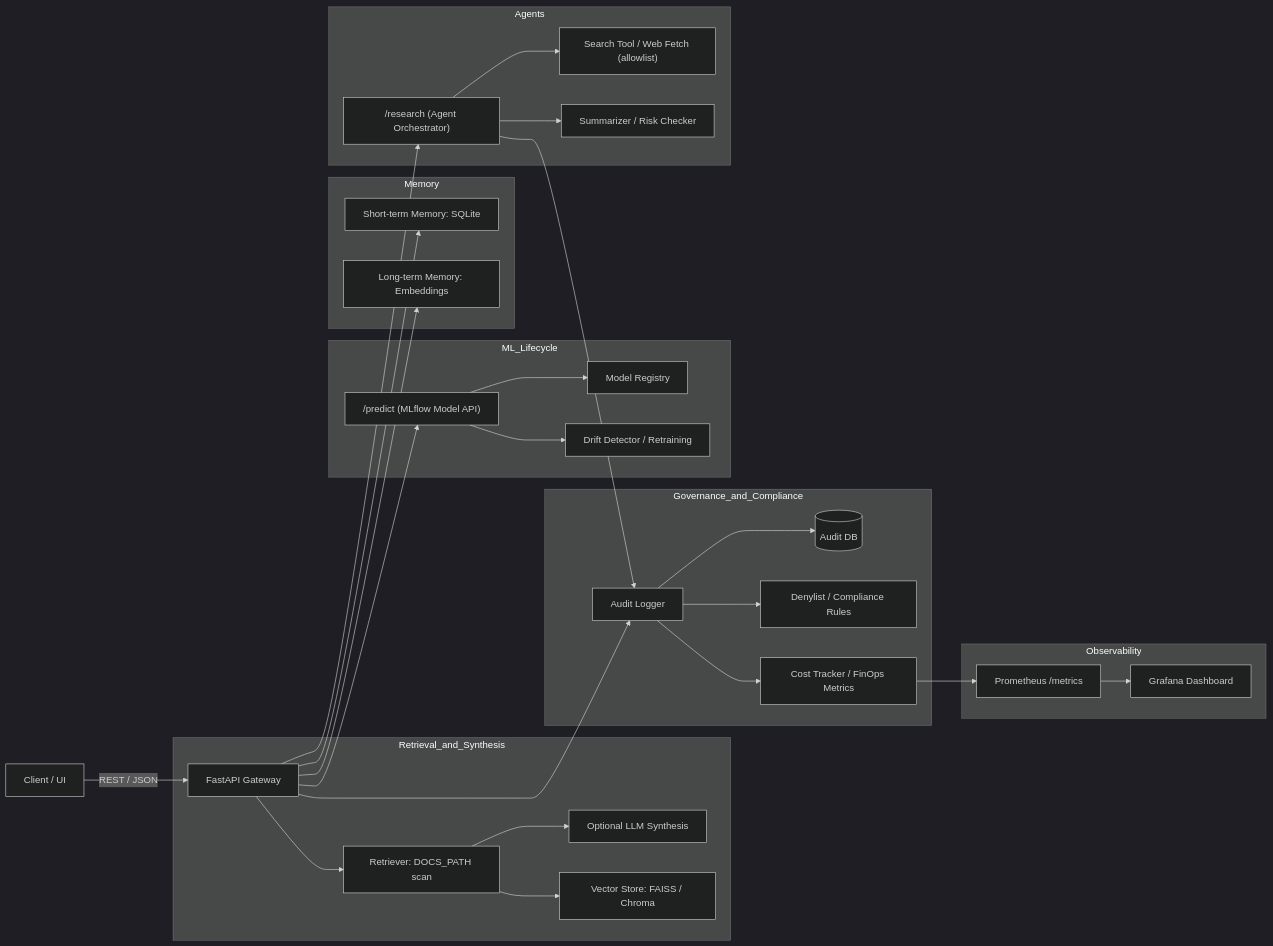
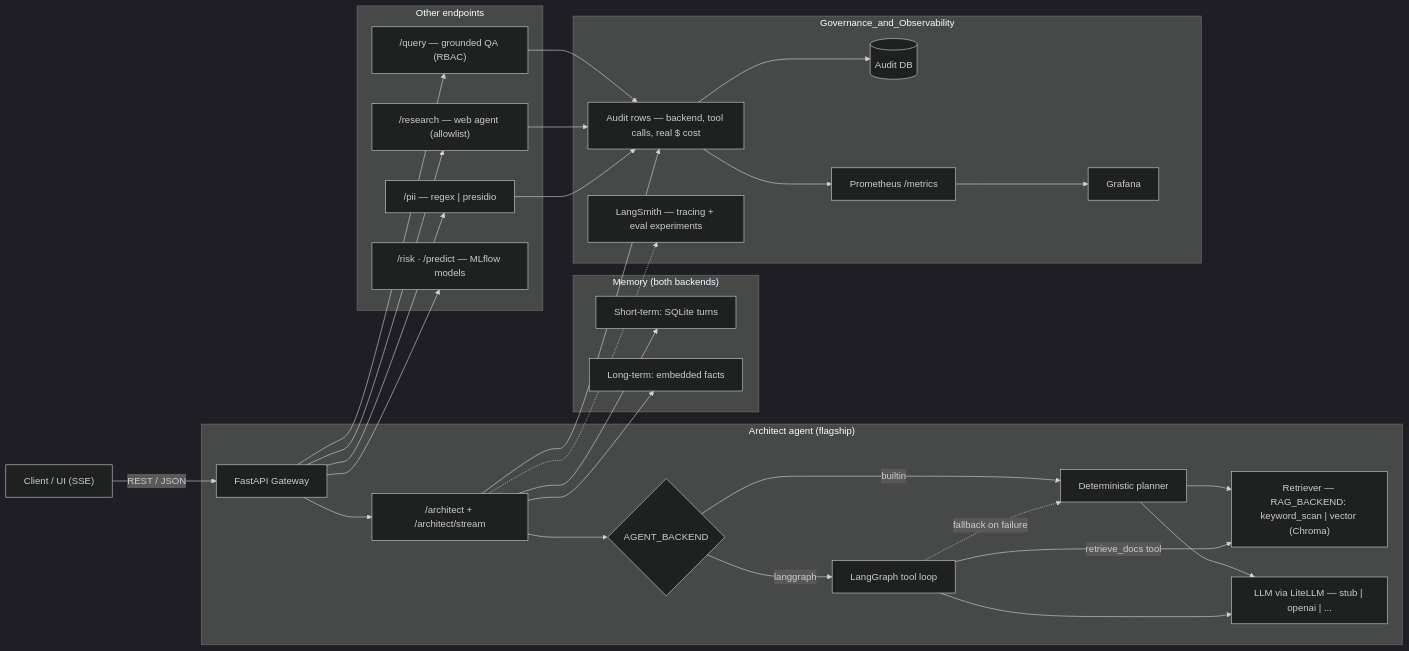
One commit to bridge-intelligence-lab/ai-architect changed the second of 2 diagrams in README.md. Above: the diagram before and after it, drawn with Mermaid (dark theme). The commit also changed other lines of this file and 10 other files, not shown here.

````diff
--- a/README.md
+++ b/README.md
@@ -138,40 +138,39 @@
 ```mermaid
 flowchart LR
-  A["Client / UI"] -->|REST / JSON| B["FastAPI Gateway"]
+  A["Client / UI (SSE)"] -->|REST / JSON| B["FastAPI Gateway"]
 
-  subgraph Retrieval_and_Synthesis
-    B --> C1["Retriever: DOCS_PATH scan"]
-    C1 --> C3["Optional LLM Synthesis"]
-    C1 --> C4["Vector Store: FAISS / Chroma"]
+  subgraph Architect["Architect agent (flagship)"]
+    B --> AR["/architect + /architect/stream"]
+    AR --> BE{"AGENT_BACKEND"}
+    BE -->|builtin| P1["Deterministic planner"]
+    BE -->|langgraph| P2["LangGraph tool loop"]
+    P2 -.->|fallback on failure| P1
+    P1 --> RET["Retriever — RAG_BACKEND: keyword_scan | vector (Chroma)"]
+    P2 -->|retrieve_docs tool| RET
+    P1 --> LLM["LLM via LiteLLM — stub | openai | ..."]
+    P2 --> LLM
   end
 
-  subgraph Memory
-    B --> M1["Short-term Memory: SQLite"]
-    B --> M2["Long-term Memory: Embeddings"]
+  subgraph Memory["Memory (both backends)"]
+    AR --> M1["Short-term: SQLite turns"]
+    AR --> M2["Long-term: embedded facts"]
   end
 
-  subgraph Governance_and_Compliance
-    B --> D1["Audit Logger"]
-    D1 --> D2[("Audit DB")] 
-    D1 --> D3["Denylist / Compliance Rules"]
-    D1 --> D4["Cost Tracker / FinOps Metrics"]
+  subgraph Endpoints["Other endpoints"]
+    B --> Q["/query — grounded QA (RBAC)"]
+    B --> R["/research — web agent (allowlist)"]
+    B --> PII["/pii — regex | presidio"]
+    B --> RISK["/risk · /predict — MLflow models"]
   end
 
-  subgraph Observability
-    D4 --> E1["Prometheus /metrics"]
-    E1 --> E2["Grafana Dashboard"]
-  end
-
-  subgraph ML_Lifecycle
-    B --> F1["/predict (MLflow Model API)"]
-    F1 --> F2["Model Registry"]
-    F1 --> F3["Drift Detector / Retraining"]
-  end
-
-  subgraph Agents
-    B --> G1["/research (Agent Orchestrator)"]
-    G1 --> G2["Search Tool / Web Fetch (allowlist)"]
-    G1 --> G3["Summarizer / Risk Checker"]
-    G1 --> D1
+  subgraph Governance_and_Observability
+    AR --> D1["Audit rows — backend, tool calls, real $ cost"]
+    Q --> D1
+    R --> D1
+    PII --> D1
+    D1 --> D2[("Audit DB")]
+    D1 --> E1["Prometheus /metrics"]
+    E1 --> E2["Grafana"]
+    AR -.-> LS["LangSmith — tracing + eval experiments"]
   end
 ```
````
